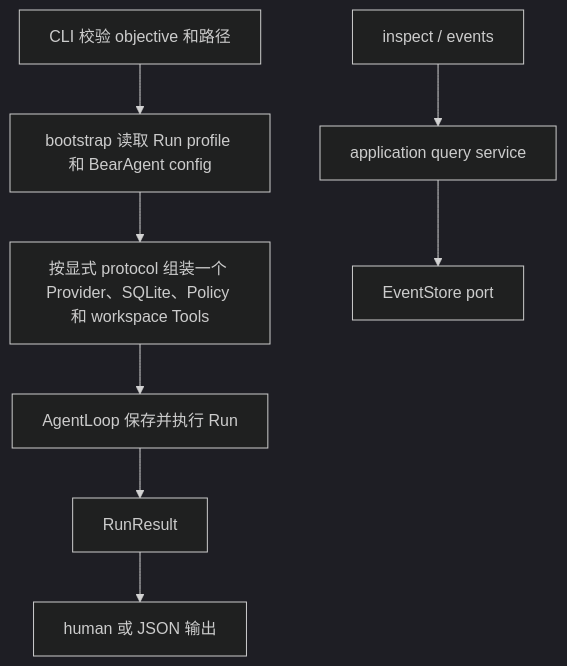
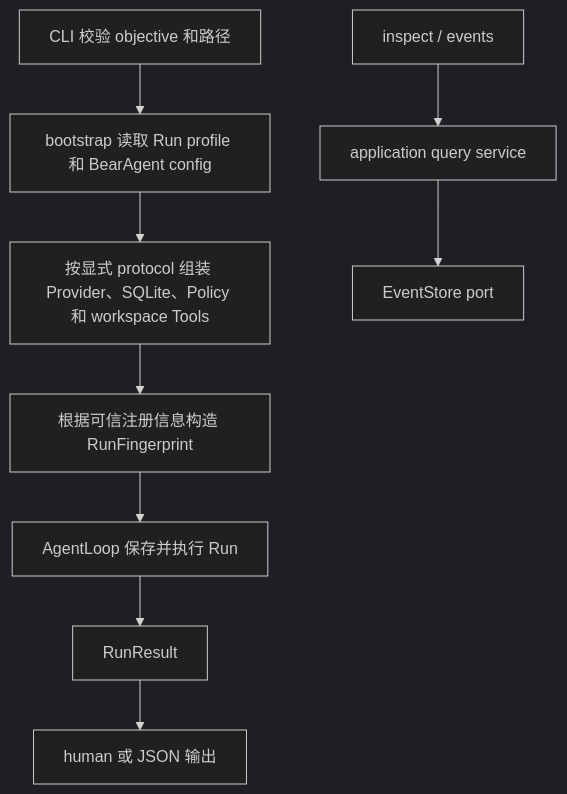
Before and after one commit to CherryYang05/BearAgent: the diagram in site/src/content/docs/zh-cn/learn/run-inspect-events.md, drawn with Mermaid (dark theme). The commit also changed other lines of this file and 51 other files, not shown here.

````diff
--- a/site/src/content/docs/zh-cn/learn/run-inspect-events.md
+++ b/site/src/content/docs/zh-cn/learn/run-inspect-events.md
@@ -29,10 +31,11 @@
 ```mermaid
 flowchart TB
     C["CLI 校验 objective 和路径"] --> B["bootstrap 读取 Run profile 和 BearAgent config"]
-    B --> G["按显式 protocol 组装一个 Provider、SQLite、Policy 和 workspace Tools"]
-    G --> L["AgentLoop 保存并执行 Run"]
+    B --> G["按显式 protocol 组装 Provider、SQLite、Policy 和 workspace Tools"]
+    G --> F["根据可信注册信息构造 RunFingerprint"]
+    F --> L["AgentLoop 保存并执行 Run"]
     L --> R["RunResult"]
     R --> H["human 或 JSON 输出"]
     D["inspect / events"] --> Q["application query service"]
     Q --> S["EventStore port"]
 ```
````
